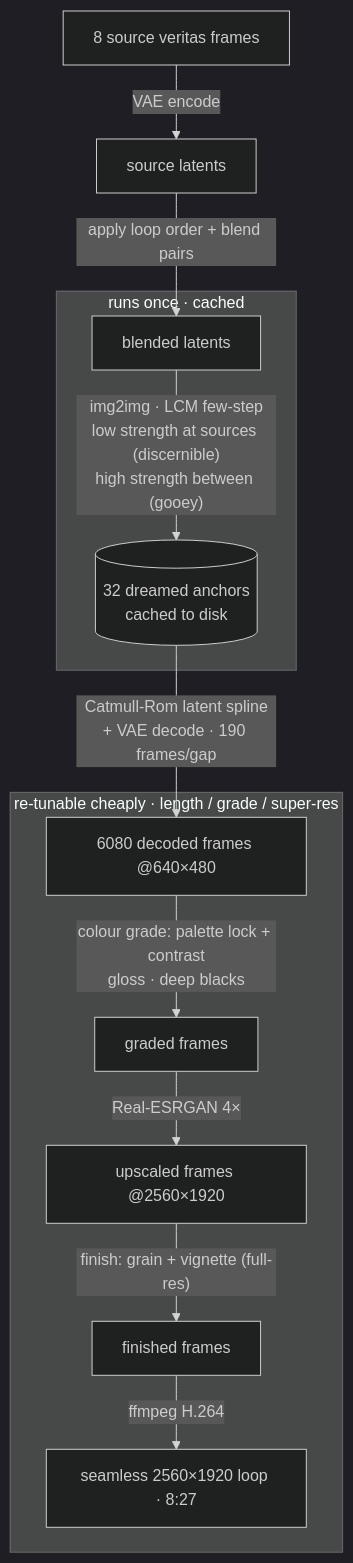
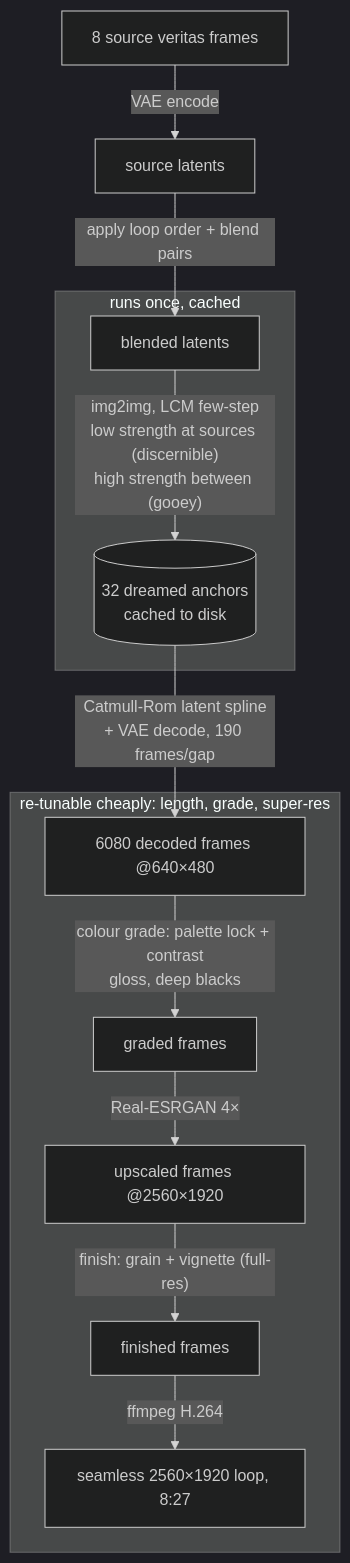
Before and after one commit to kat-titter/vanitas-veritas: the diagram in README.md, drawn with Mermaid (dark theme). The commit also changed other lines of this file and 6 other files, not shown here.

````diff
--- a/README.md
+++ b/README.md
@@ -149,18 +157,18 @@
 ```mermaid
 flowchart TD
     A["8 source veritas frames"] -->|"VAE encode"| B["source latents"]
     B -->|"apply loop order + blend pairs"| C["blended latents"]
-    C -->|"img2img · LCM few-step<br/>low strength at sources (discernible)<br/>high strength between (gooey)"| D[("32 dreamed anchors<br/>cached to disk")]
-    D -->|"Catmull-Rom latent spline<br/>+ VAE decode · 190 frames/gap"| E["6080 decoded frames @640×480"]
-    E -->|"colour grade: palette lock + contrast<br/>gloss · deep blacks"| F["graded frames"]
+    C -->|"img2img, LCM few-step<br/>low strength at sources (discernible)<br/>high strength between (gooey)"| D[("32 dreamed anchors<br/>cached to disk")]
+    D -->|"Catmull-Rom latent spline<br/>+ VAE decode, 190 frames/gap"| E["6080 decoded frames @640×480"]
+    E -->|"colour grade: palette lock + contrast<br/>gloss, deep blacks"| F["graded frames"]
     F -->|"Real-ESRGAN 4×"| H["upscaled frames @2560×1920"]
     H -->|"finish: grain + vignette (full-res)"| I["finished frames"]
-    I -->|"ffmpeg H.264"| G["seamless 2560×1920 loop · 8:27"]
+    I -->|"ffmpeg H.264"| G["seamless 2560×1920 loop, 8:27"]
 
-    subgraph EXPENSIVE [" runs once · cached "]
+    subgraph EXPENSIVE [" runs once, cached "]
       C; D
     end
-    subgraph CHEAP [" re-tunable cheaply · length / grade / super-res "]
+    subgraph CHEAP [" re-tunable cheaply: length, grade, super-res "]
       E; F; H; I; G
     end
 ```
````
